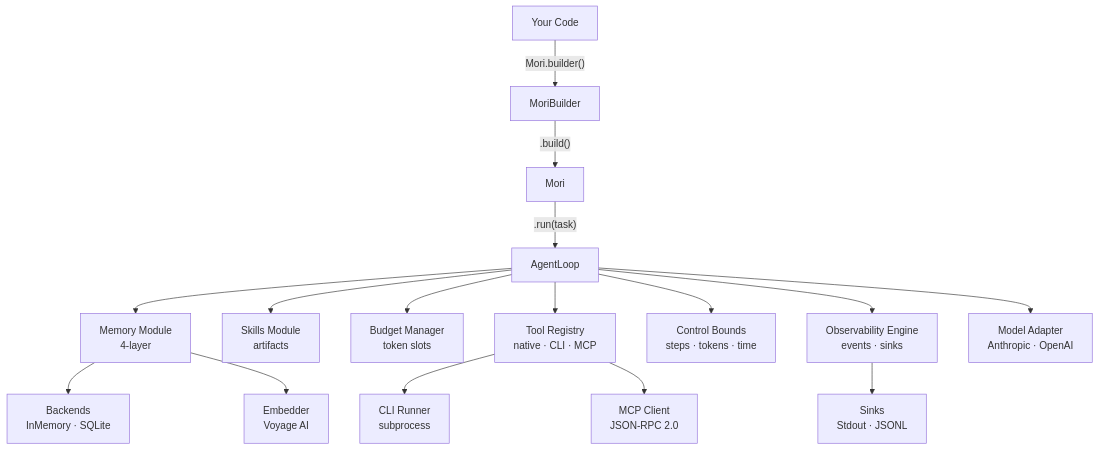
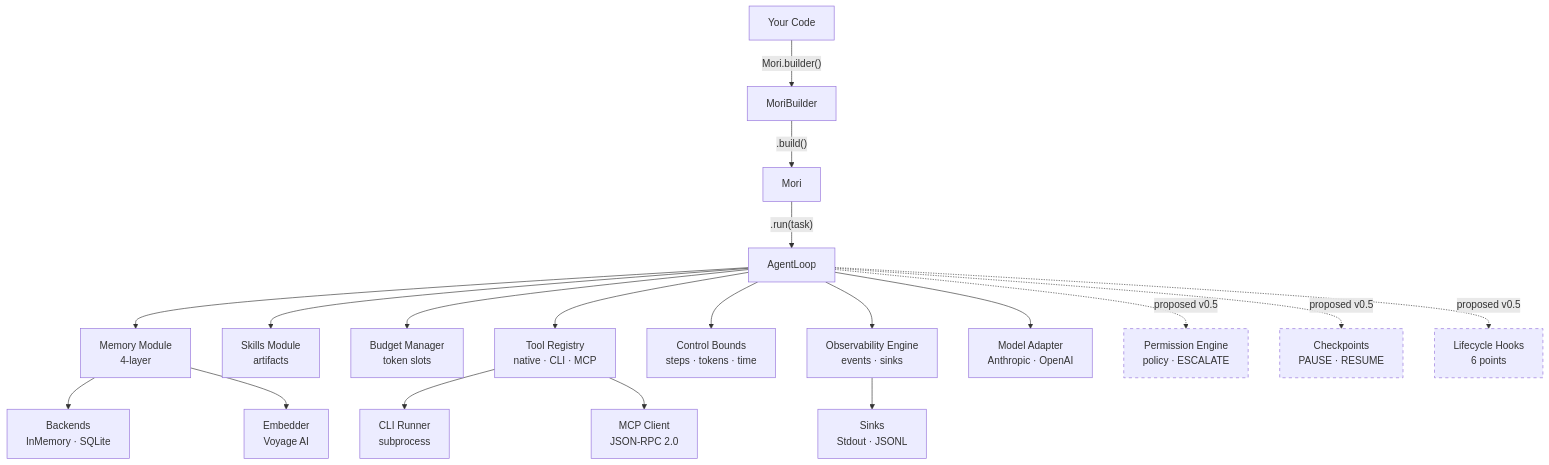
One commit to carlmueller-tribe/mori changed the diagram in mori-docs/index.md. Above: the diagram before and after it, drawn with Mermaid. The commit also changed other lines of this file and 1 other file, not shown here.

Commit message:
docs: add tree icon, dev warning, and implemented vs proposed module split on hub page

````diff
--- a/mori-docs/index.md
+++ b/mori-docs/index.md
@@ -27,20 +33,28 @@
 ```mermaid
 graph TD
     User["Your Code"] -->|"Mori.builder()"| Builder["MoriBuilder"]
     Builder -->|".build()"| Agent["Mori"]
     Agent -->|".run(task)"| Loop["AgentLoop"]
 
     Loop --> Memory["Memory Module\n4-layer"]
     Loop --> Skills["Skills Module\nartifacts"]
     Loop --> Budget["Budget Manager\ntoken slots"]
     Loop --> Tools["Tool Registry\nnative · CLI · MCP"]
     Loop --> Control["Control Bounds\nsteps · tokens · time"]
     Loop --> Obs["Observability Engine\nevents · sinks"]
     Loop --> Model["Model Adapter\nAnthropic · OpenAI"]
 
+    Loop -.->|"proposed v0.5"| Permission["Permission Engine\npolicy · ESCALATE"]
+    Loop -.->|"proposed v0.5"| Checkpoint["Checkpoints\nPAUSE · RESUME"]
+    Loop -.->|"proposed v0.5"| Hooks["Lifecycle Hooks\n6 points"]
+
     Tools --> CLI["CLI Runner\nsubprocess"]
     Tools --> MCP["MCP Client\nJSON-RPC 2.0"]
     Memory --> Backends["Backends\nInMemory · SQLite"]
     Memory --> Embedder["Embedder\nVoyage AI"]
     Obs --> Sinks["Sinks\nStdout · JSONL"]
+
+    style Permission stroke-dasharray: 5 5
+    style Checkpoint stroke-dasharray: 5 5
+    style Hooks stroke-dasharray: 5 5
 ```
````
